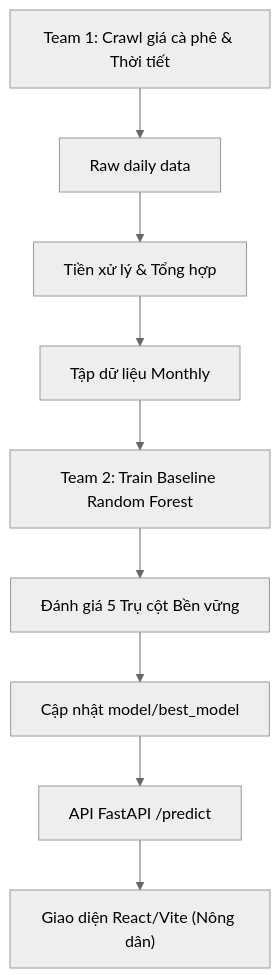
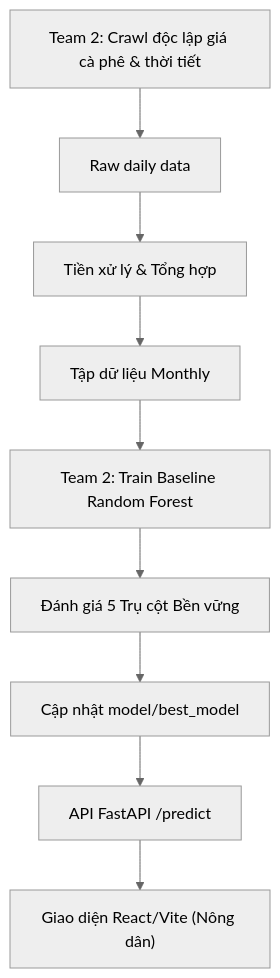
The diagram in README.md (uit-25730067-chithanh/AI002-Team22-DT10), drawn with Mermaid (neutral theme) before and after one commit. The commit also changed other lines of this file and 72 other files, not shown here.

````diff
--- a/README.md
+++ b/README.md
@@ -204,14 +204,14 @@
 ```mermaid
 flowchart TD
-    A["Team 1: Crawl giá cà phê & Thời tiết"] --> B["Raw daily data"]
+    A["Team 2: Crawl độc lập giá cà phê & thời tiết"] --> B["Raw daily data"]
     
     B --> G["Tiền xử lý & Tổng hợp"]
 
     G --> I["Tập dữ liệu Monthly"]
     I --> M["Team 2: Train Baseline Random Forest"]
 
     M --> N["Đánh giá 5 Trụ cột Bền vững"]
     N --> O["Cập nhật model/best_model"]
     O --> P["API FastAPI /predict"]
     P --> Q["Giao diện React/Vite (Nông dân)"]
 ```
````
